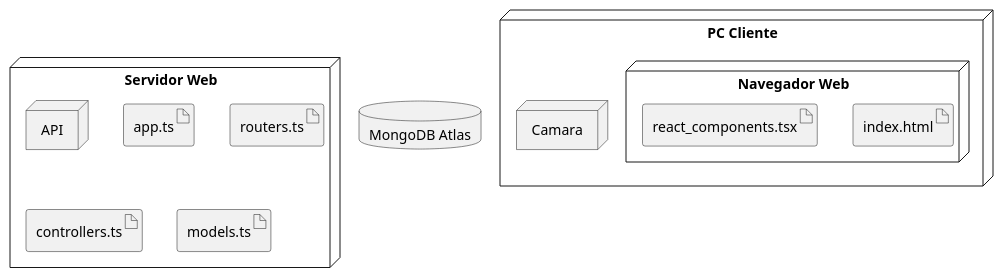
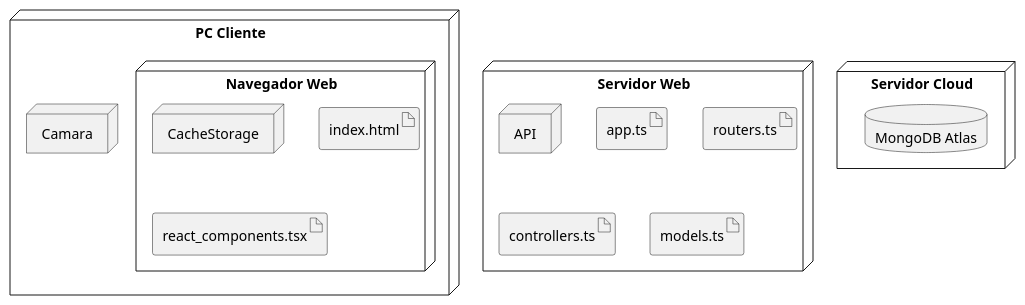
One commit to TFG-SGM/memoria changed the first of 5 diagrams in templateAPP/input/appendices/03_diagramas.md. Above: the diagram before and after it, drawn with PlantUML. The commit also changed other lines of this file and 73 other files, not shown here.

````diff
--- a/templateAPP/input/appendices/03_diagramas.md
+++ b/templateAPP/input/appendices/03_diagramas.md
@@ -13,24 +13,25 @@
 ```{.plantuml #anexo3:diagrama-despliegue caption="Diagrama de despliegue" frame=single}
 @startuml
 
 node "PC Cliente" {
 node Camara
 node "Navegador Web" {
+node "CacheStorage"
 artifact index.html
 artifact react_components.tsx
 }
 }
 node "Servidor Web" {
 node API
 
 artifact app.ts
 artifact routers.ts
 artifact controllers.ts
 artifact models.ts
 
 }
+node "Servidor Cloud" {
 database "MongoDB Atlas"
-
+}
 @enduml
-
 ```
````
